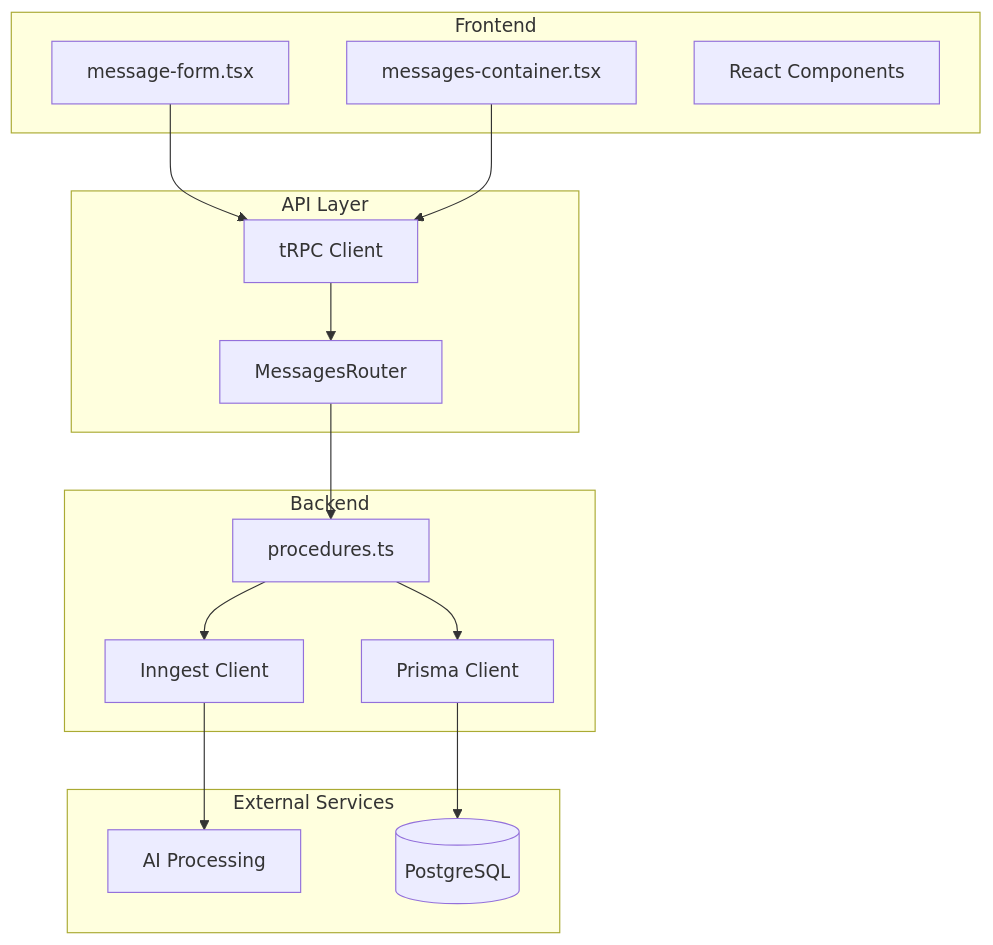
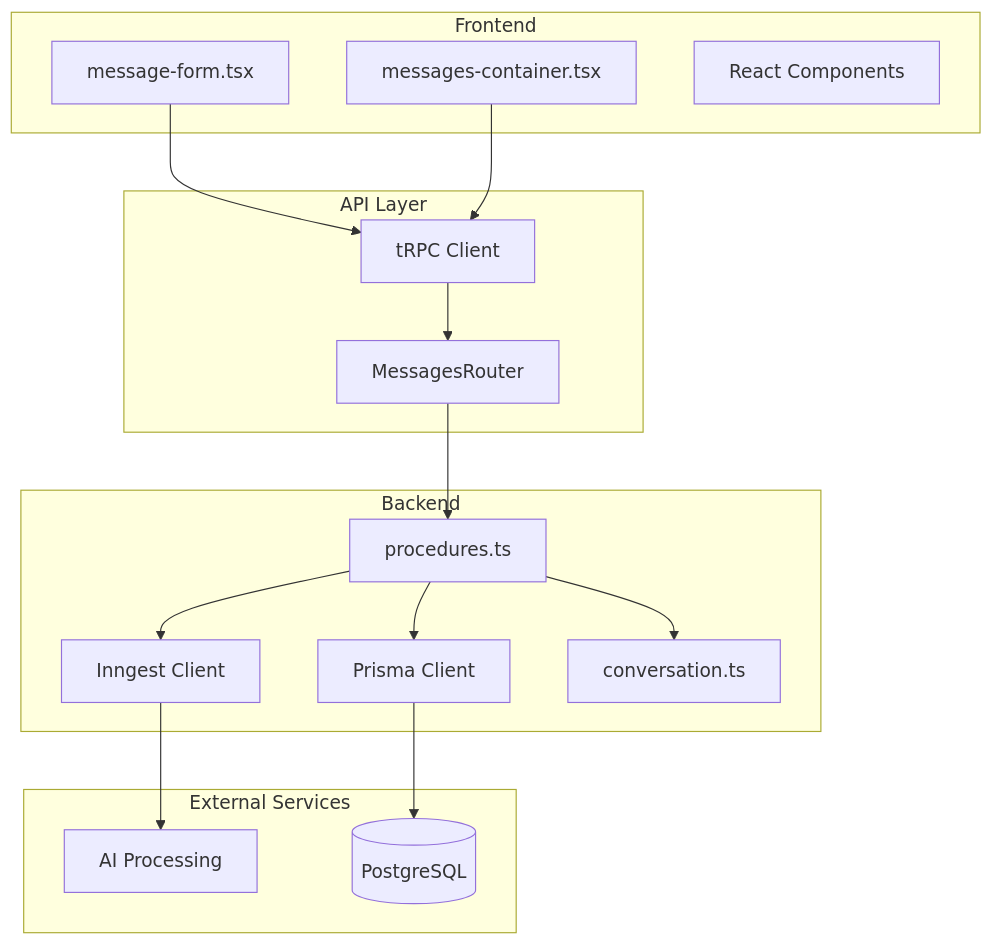
One commit to roisulimani/qai changed the first of 9 diagrams in .qoder/repowiki/en/content/API Reference/tRPC Procedures/Messages Router/Messages Router.md. Above: the diagram before and after it, drawn with Mermaid. The commit also changed other lines of this file and 5 other files, not shown here.

````diff
--- a/.qoder/repowiki/en/content/API Reference/tRPC Procedures/Messages Router/Messages Router.md
+++ b/.qoder/repowiki/en/content/API Reference/tRPC Procedures/Messages Router/Messages Router.md
@@ -32,29 +43,31 @@
 ```mermaid
 graph TB
 subgraph "Frontend"
 MF[message-form.tsx]
 MC[messages-container.tsx]
 UI[React Components]
 end
 subgraph "API Layer"
 TRPC[tRPC Client]
 ROUTER[MessagesRouter]
 end
 subgraph "Backend"
 PROC[procedures.ts]
 PRISMA[Prisma Client]
 INNGEST[Inngest Client]
+CONV[conversation.ts]
 end
 subgraph "External Services"
 AI[AI Processing]
 DB[(PostgreSQL)]
 end
 MF --> TRPC
 MC --> TRPC
 TRPC --> ROUTER
 ROUTER --> PROC
 PROC --> PRISMA
 PROC --> INNGEST
+PROC --> CONV
 PRISMA --> DB
 INNGEST --> AI
 ```
````
